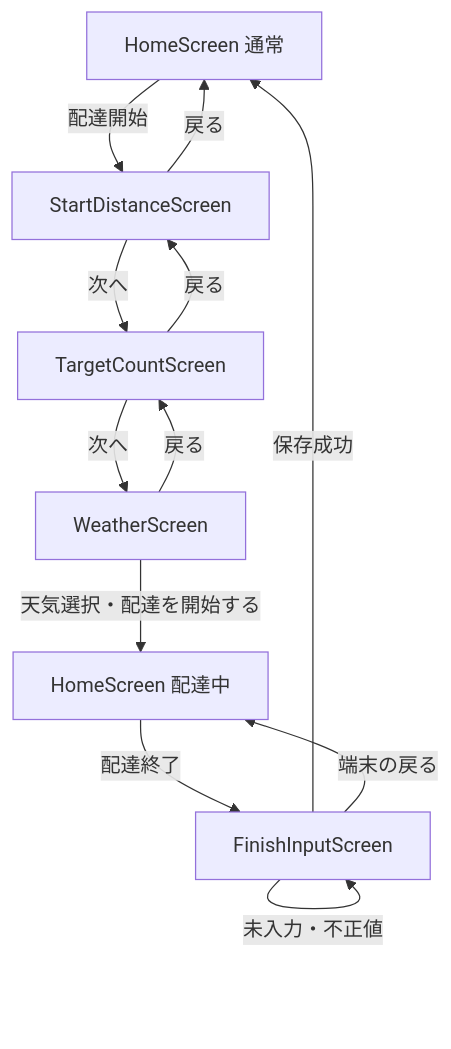
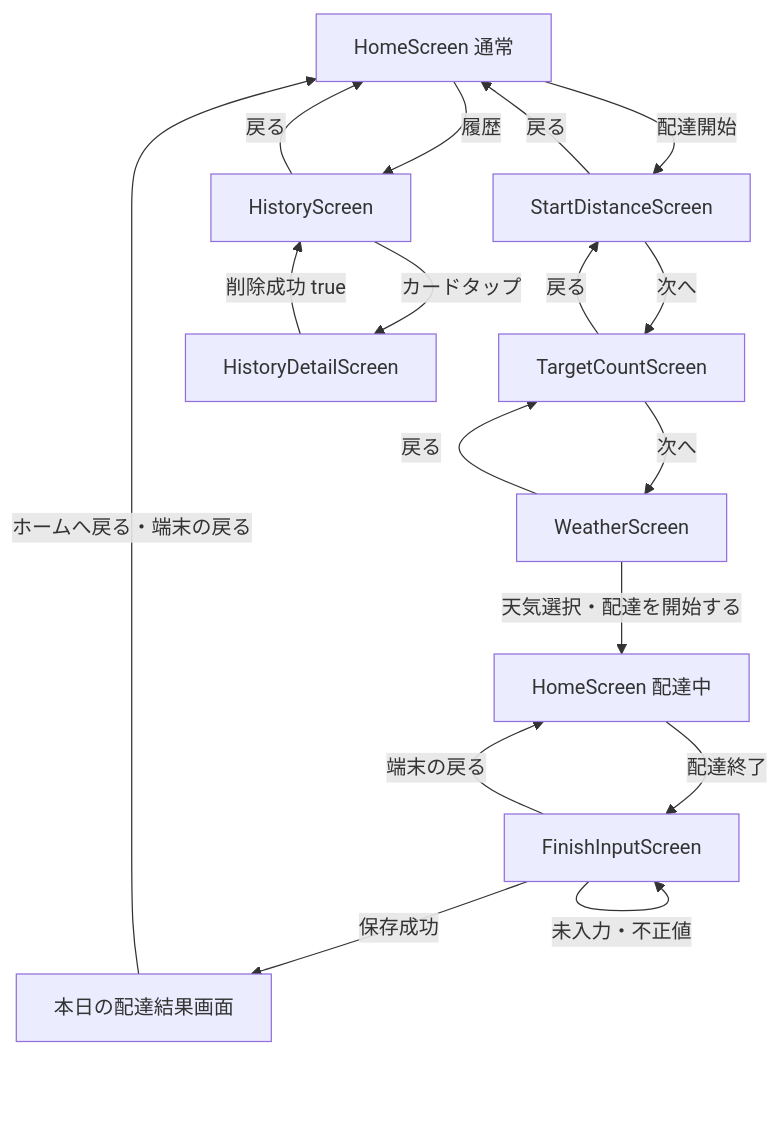
One commit to Tamasan5678/delivery-profit changed the diagram in docs/navigation.md. Above: the diagram before and after it, drawn with Mermaid. The commit also changed other lines of this file and 159 other files, not shown here.

````diff
--- a/docs/navigation.md
+++ b/docs/navigation.md
@@ -3,14 +3,19 @@
 ```mermaid
 graph TD
     Home[HomeScreen 通常] -->|配達開始| StartDistance[StartDistanceScreen]
     StartDistance -->|次へ| TargetCount[TargetCountScreen]
     TargetCount -->|次へ| Weather[WeatherScreen]
     Weather -->|天気選択・配達を開始する| Delivering[HomeScreen 配達中]
     Delivering -->|配達終了| FinishInput[FinishInputScreen]
-    FinishInput -->|保存成功| Home
+    FinishInput -->|保存成功| DailyResult[本日の配達結果画面]
+    DailyResult -->|ホームへ戻る・端末の戻る| Home
+    Home -->|履歴| History[HistoryScreen]
+    History -->|カードタップ| HistoryDetail[HistoryDetailScreen]
+    HistoryDetail -->|削除成功 true| History
+    History -->|戻る| Home
     FinishInput -->|未入力・不正値| FinishInput
     FinishInput -->|端末の戻る| Delivering
     StartDistance -->|戻る| Home
     TargetCount -->|戻る| StartDistance
     Weather -->|戻る| TargetCount
 ```
````
